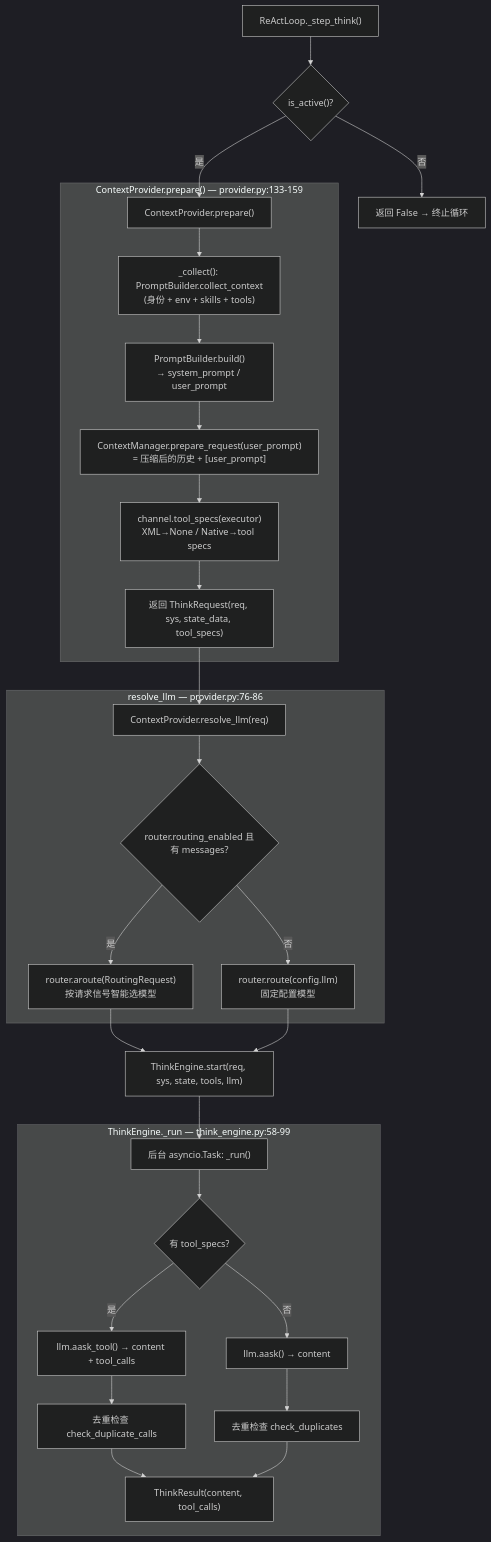
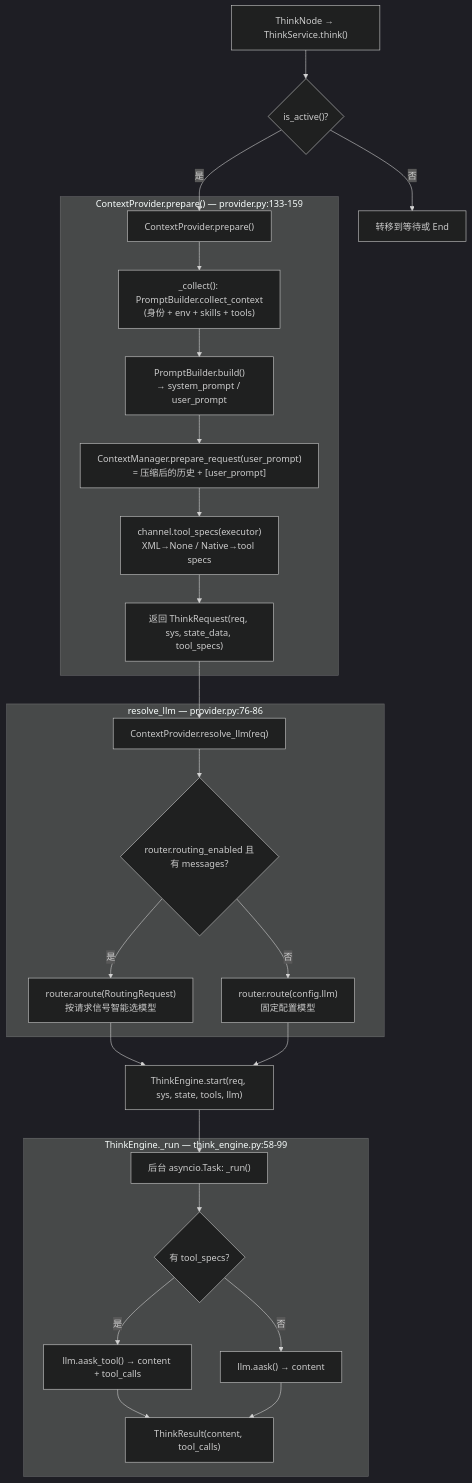
Before and after one commit to bushihelmy-crypto/mote: the fourth of 12 diagrams in zdocs/ARCHITECTURE.md, drawn with Mermaid (dark theme). The commit also changed other lines of this file and 2282 other files, not shown here.

Commit message:
Restructure Mote package architecture

````diff
--- a/zdocs/ARCHITECTURE.md
+++ b/zdocs/ARCHITECTURE.md
@@ -233,34 +240,32 @@
 ```mermaid
 graph TD
-    A["ReActLoop._step_think()"] --> B{"is_active()?"}
-    B -->|否| Z["返回 False → 终止循环"]
+    A["ThinkNode → ThinkService.think()"] --> B{"is_active()?"}
+    B -->|否| Z["转移到等待或 End"]
     B -->|是| C["ContextProvider.prepare()"]
 
     subgraph prepare["ContextProvider.prepare() — provider.py:133-159"]
         C --> C1["_collect(): PromptBuilder.collect_context<br/>(身份 + env + skills + tools)"]
         C1 --> C2["PromptBuilder.build()<br/>→ system_prompt / user_prompt"]
         C2 --> C3["ContextManager.prepare_request(user_prompt)<br/>= 压缩后的历史 + [user_prompt]"]
         C3 --> C4["channel.tool_specs(executor)<br/>XML→None / Native→tool specs"]
         C4 --> C5["返回 ThinkRequest(req, sys, state_data, tool_specs)"]
     end
 
     C5 --> D["ContextProvider.resolve_llm(req)"]
     subgraph resolve["resolve_llm — provider.py:76-86"]
         D --> D1{"router.routing_enabled 且有 messages?"}
         D1 -->|是| D2["router.aroute(RoutingRequest)<br/>按请求信号智能选模型"]
         D1 -->|否| D3["router.route(config.llm)<br/>固定配置模型"]
     end
 
     D2 --> E["ThinkEngine.start(req, sys, state, tools, llm)"]
     D3 --> E
     E --> F["后台 asyncio.Task: _run()"]
     subgraph run["ThinkEngine._run — think_engine.py:58-99"]
         F --> F1{"有 tool_specs?"}
         F1 -->|是| F2["llm.aask_tool() → content + tool_calls"]
         F1 -->|否| F3["llm.aask() → content"]
-        F2 --> G["去重检查 check_duplicate_calls"]
-        F3 --> G2["去重检查 check_duplicates"]
-        G --> H["ThinkResult(content, tool_calls)"]
-        G2 --> H
+        F2 --> H["ThinkResult(content, tool_calls)"]
+        F3 --> H
     end
 ```
````
